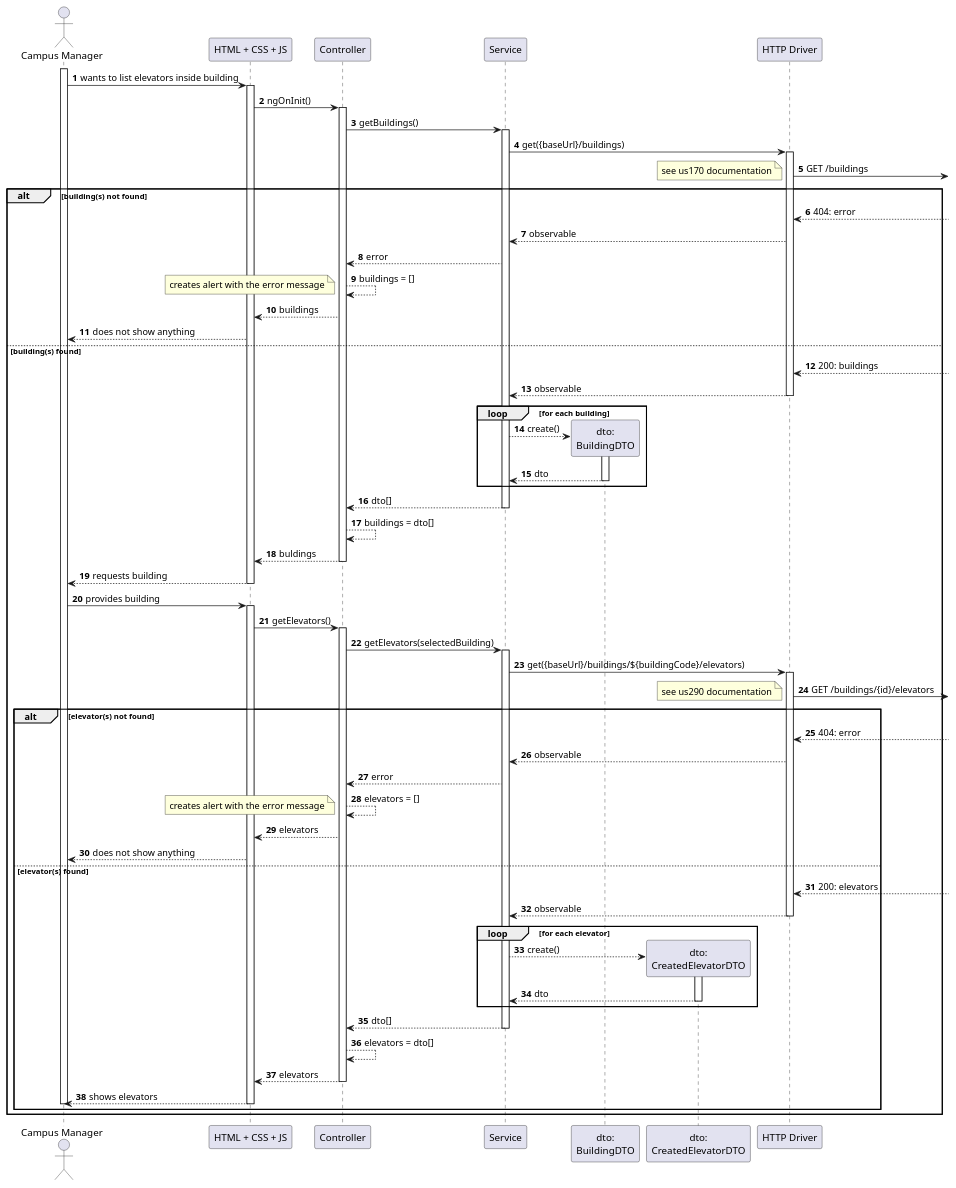
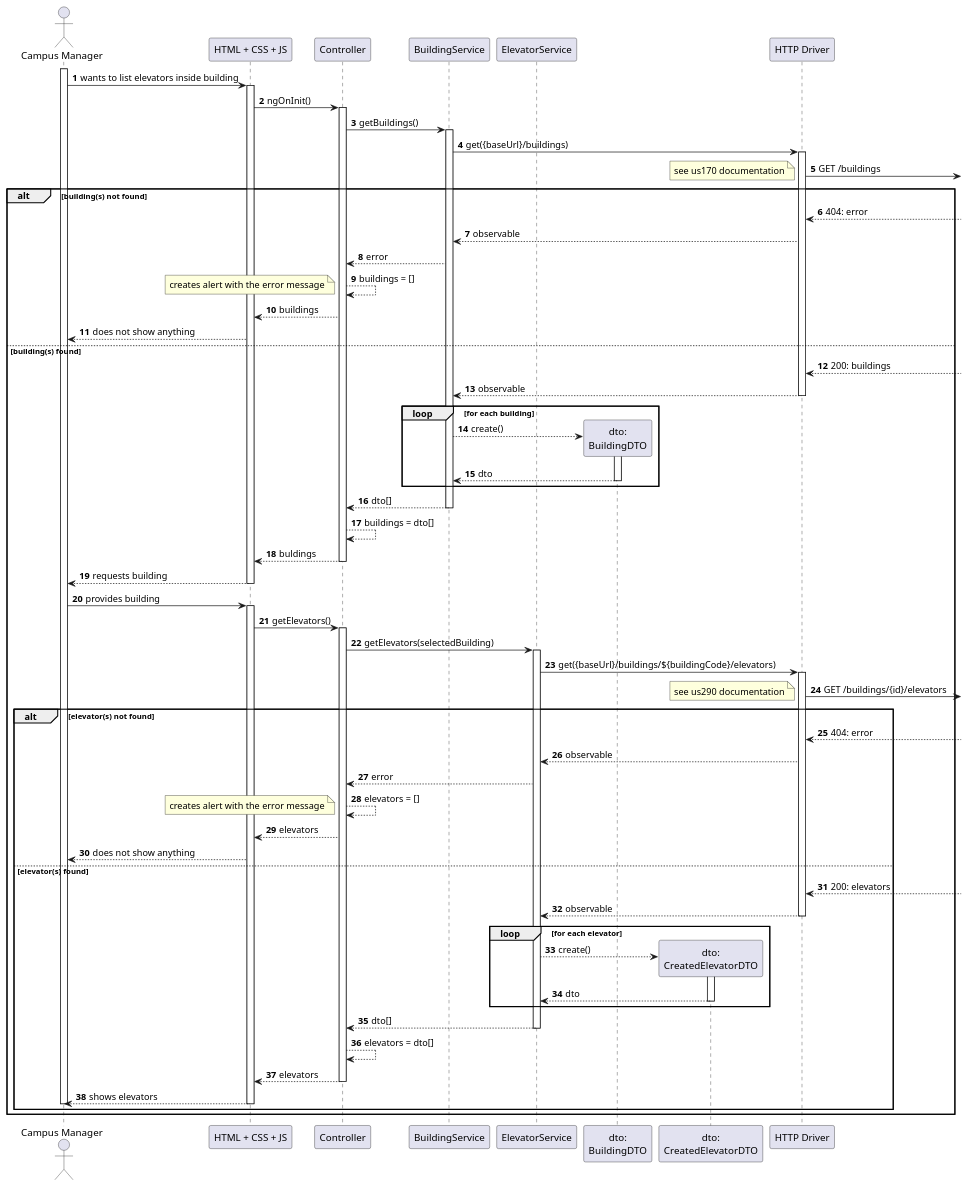
One commit to Departamento-de-Engenharia-Informatica/lapr5-23-24-g19 changed the diagram in docs/us1140/level3/process-view.puml. Above: the diagram before and after it, drawn with PlantUML. The commit also changed 9 other files, not shown here.

```diff
--- a/docs/us1140/level3/process-view.puml
+++ b/docs/us1140/level3/process-view.puml
@@ -1,110 +1,110 @@
 @startuml
 autonumber
 
 actor "Campus Manager" as usr
 
 participant "HTML + CSS + JS" as view
 participant "Controller" as ctrl
-participant "Service" as svc
+participant "BuildingService" as svcb
+participant "ElevatorService" as svce
 participant "dto:\nBuildingDTO" as dto
 participant "dto:\nCreatedElevatorDTO" as dtoce
-
 participant "HTTP Driver" as http
 
 
 
 activate usr
     usr -> view : wants to list elevators inside building
     activate view
         view -> ctrl : ngOnInit()
         activate ctrl
-            ctrl -> svc : getBuildings()
-            activate svc
-                svc -> http : get({baseUrl}/buildings)
+            ctrl -> svcb : getBuildings()
+            activate svcb
+                svcb -> http : get({baseUrl}/buildings)
                 activate http
                     http ->] : GET /buildings
 
                     note right : see us170 documentation
     alt building(s) not found
                          http <--]: 404: error
-                        http --> svc : observable
-                        svc --> ctrl : error
+                        http --> svcb : observable
+                        svcb --> ctrl : error
                         ctrl --> ctrl : buildings = []
                         note bottom : creates alert with the error message
                         ctrl --> view : buildings
                         view --> usr : does not show anything
 
     else building(s) found
                         http <--] : 200: buildings
 
 
-                    http --> svc : observable
+                    http --> svcb : observable
                 deactivate http
 
                 loop for each building
-                    svc --> dto** : create()
+                    svcb --> dto** : create()
                     activate dto
-                        dto --> svc : dto
+                        dto --> svcb : dto
                     deactivate dto
                 end
 
-                svc --> ctrl : dto[]
-            deactivate svc
+                svcb --> ctrl : dto[]
+            deactivate svcb
             ctrl --> ctrl : buildings = dto[]
             ctrl --> view : buldings
         deactivate ctrl
 
 
 
 
 
         view --> usr : requests building
     deactivate view
 
     usr -> view : provides building
     activate view
         view -> ctrl : getElevators()
         activate ctrl
-            ctrl -> svc : getElevators(selectedBuilding)
-            activate svc
-                svc -> http : get({baseUrl}/buildings/${buildingCode}/elevators)
+            ctrl -> svce : getElevators(selectedBuilding)
+            activate svce
+                svce -> http : get({baseUrl}/buildings/${buildingCode}/elevators)
                 activate http
                     http ->] : GET /buildings/{id}/elevators
 
                     note right : see us290 documentation
     alt elevator(s) not found
                         http <--] : 404: error
-                        http --> svc : observable
-                        svc --> ctrl : error
+                        http --> svce : observable
+                        svce --> ctrl : error
                         ctrl --> ctrl : elevators = []
                         note bottom : creates alert with the error message
                         ctrl --> view : elevators
                         view --> usr : does not show anything
 
     else elevator(s) found
                         http <--] : 200: elevators
 
 
-                    http --> svc : observable
+                    http --> svce : observable
                 deactivate http
 
                 loop for each elevator
-                    svc --> dtoce** : create()
+                    svce --> dtoce** : create()
                     activate dtoce
-                        dtoce --> svc : dto
+                        dtoce --> svce : dto
                     deactivate dtoce
                 end
 
-                svc --> ctrl : dto[]
-            deactivate svc
+                svce --> ctrl : dto[]
+            deactivate svce
             ctrl --> ctrl : elevators = dto[]
             ctrl --> view : elevators
         deactivate ctrl
         view --> usr : shows elevators
     deactivate view
 deactivate usr
 
 end
 end
 
 @enduml
```
